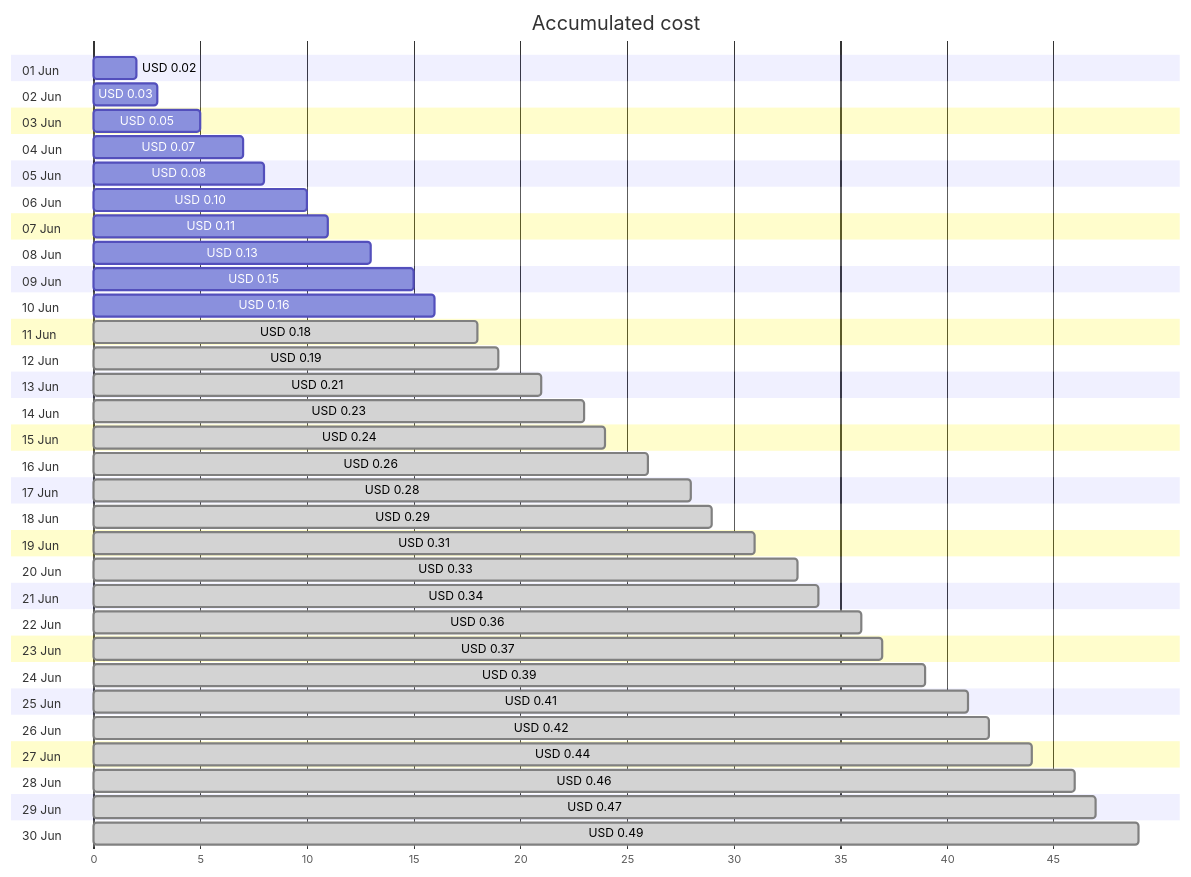
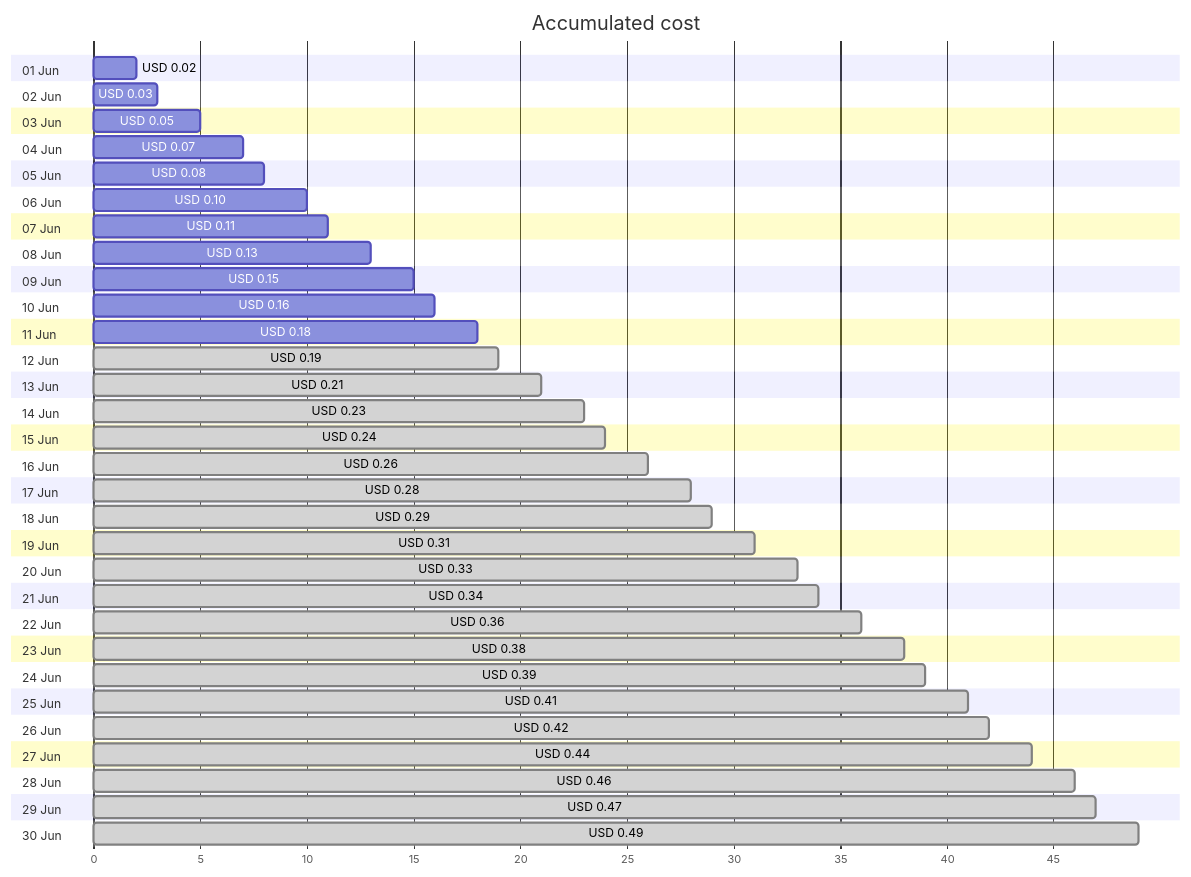
The first of 4 diagrams in cost-reports/personal-dns/jpatrickfulton.com.md (jpfulton/azure-personal-reports), drawn with Mermaid before and after one commit. The commit also changed other lines of this file and 2 other files, not shown here.

````diff
--- a/cost-reports/personal-dns/jpatrickfulton.com.md
+++ b/cost-reports/personal-dns/jpatrickfulton.com.md
@@ -20,66 +20,66 @@
 ```mermaid
 gantt
    title Accumulated cost
    dateFormat  X
    axisFormat %s
    section 01 Jun
    USD 0.02 :0, 2
    section 02 Jun
    USD 0.03 :0, 3
    section 03 Jun
    USD 0.05 :0, 5
    section 04 Jun
    USD 0.07 :0, 7
    section 05 Jun
    USD 0.08 :0, 8
    section 06 Jun
    USD 0.10 :0, 10
    section 07 Jun
    USD 0.11 :0, 11
    section 08 Jun
    USD 0.13 :0, 13
    section 09 Jun
    USD 0.15 :0, 15
    section 10 Jun
    USD 0.16 :0, 16
    section 11 Jun
-   USD 0.18 : done, 0, 18
+   USD 0.18 :0, 18
    section 12 Jun
    USD 0.19 : done, 0, 19
    section 13 Jun
    USD 0.21 : done, 0, 21
    section 14 Jun
    USD 0.23 : done, 0, 23
    section 15 Jun
    USD 0.24 : done, 0, 24
    section 16 Jun
    USD 0.26 : done, 0, 26
    section 17 Jun
    USD 0.28 : done, 0, 28
    section 18 Jun
    USD 0.29 : done, 0, 29
    section 19 Jun
    USD 0.31 : done, 0, 31
    section 20 Jun
    USD 0.33 : done, 0, 33
    section 21 Jun
    USD 0.34 : done, 0, 34
    section 22 Jun
    USD 0.36 : done, 0, 36
    section 23 Jun
-   USD 0.37 : done, 0, 37
+   USD 0.38 : done, 0, 38
    section 24 Jun
    USD 0.39 : done, 0, 39
    section 25 Jun
    USD 0.41 : done, 0, 41
    section 26 Jun
    USD 0.42 : done, 0, 42
    section 27 Jun
    USD 0.44 : done, 0, 44
    section 28 Jun
    USD 0.46 : done, 0, 46
    section 29 Jun
    USD 0.47 : done, 0, 47
    section 30 Jun
    USD 0.49 : done, 0, 49
 ```
````
